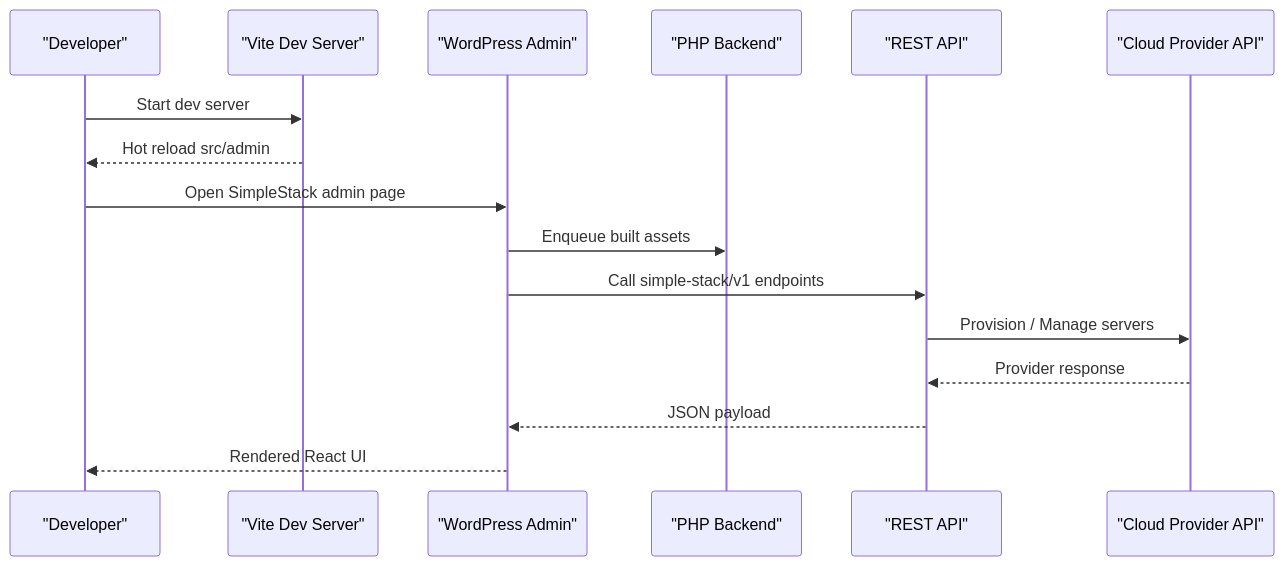
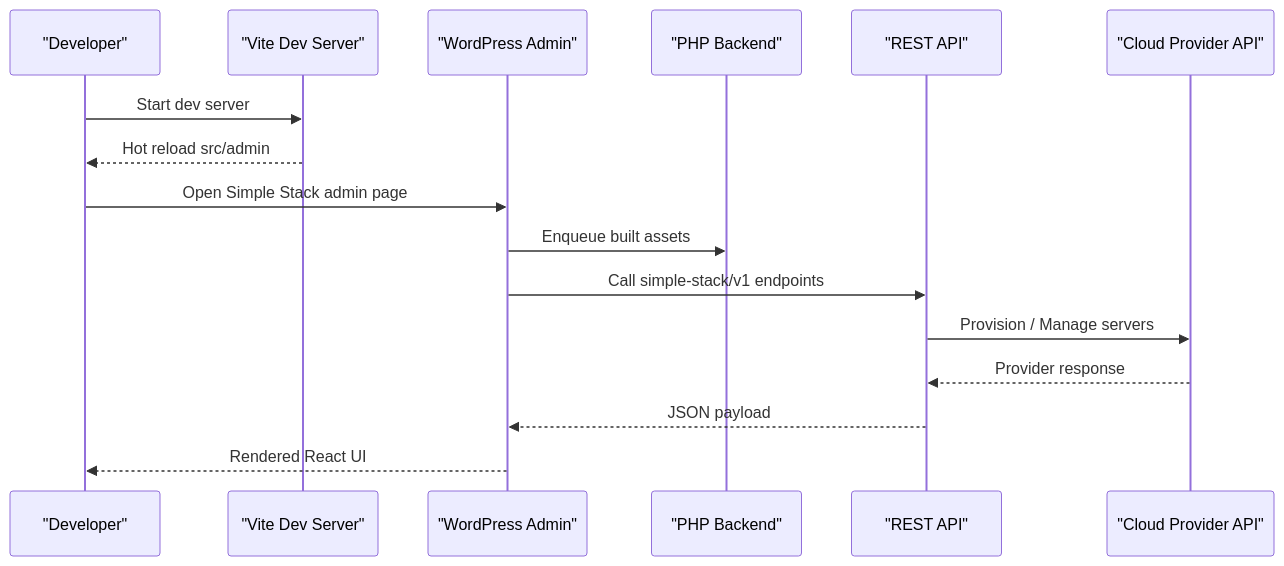
The second of 6 diagrams in .qoder/repowiki/en/content/Development Guide.md (onedogsolutions/simple-stack), drawn with Mermaid before and after one commit. The commit also changed other lines of this file and 5941 other files, not shown here.

First line of the commit message:
refactor(core): rebrand WPCloudDeploy to Simple Stack with new namespaces and prefixes

````diff
--- a/.qoder/repowiki/en/content/Development Guide.md
+++ b/.qoder/repowiki/en/content/Development Guide.md
@@ -144,18 +144,18 @@
 ```mermaid
 sequenceDiagram
 participant Dev as "Developer"
 participant Vite as "Vite Dev Server"
 participant WP as "WordPress Admin"
 participant PHP as "PHP Backend"
 participant REST as "REST API"
 participant Provider as "Cloud Provider API"
 Dev->>Vite : Start dev server
 Vite-->>Dev : Hot reload src/admin
-Dev->>WP : Open SimpleStack admin page
+Dev->>WP : Open Simple Stack admin page
 WP->>PHP : Enqueue built assets
 WP->>REST : Call simple-stack/v1 endpoints
 REST->>Provider : Provision / Manage servers
 Provider-->>REST : Provider response
 REST-->>WP : JSON payload
 WP-->>Dev : Rendered React UI
 ```
````
